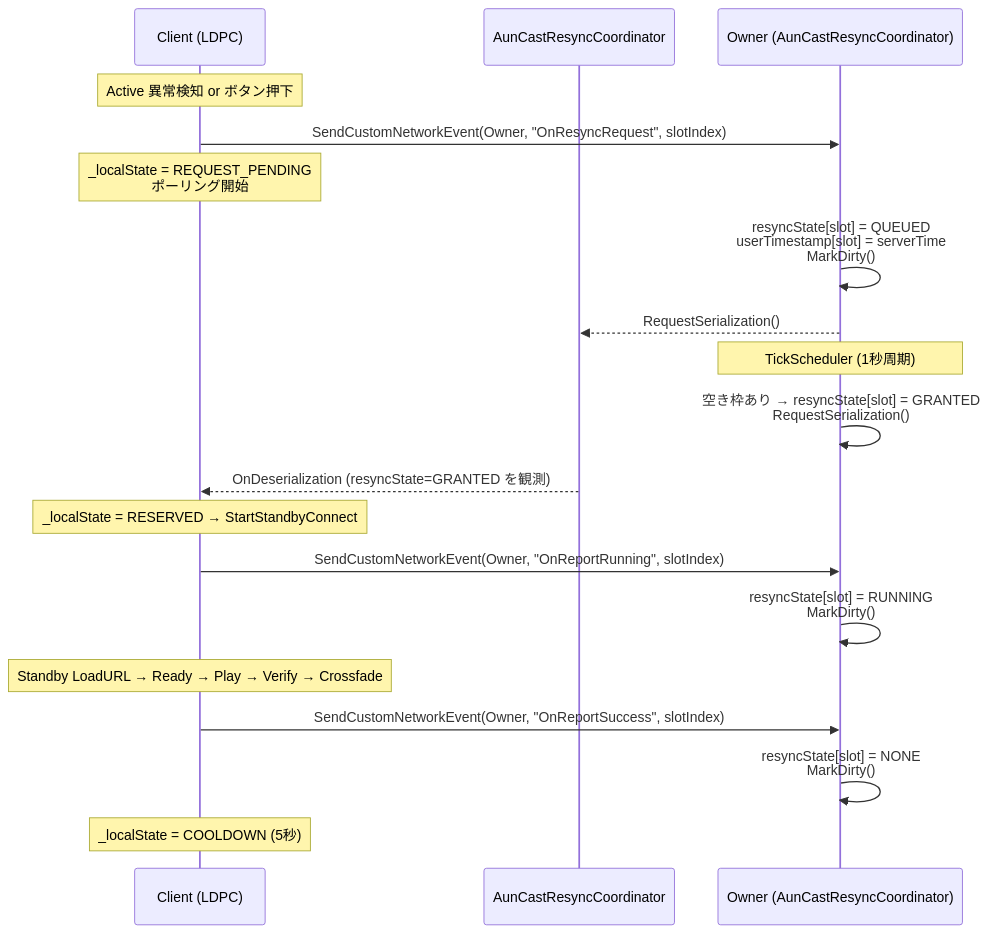
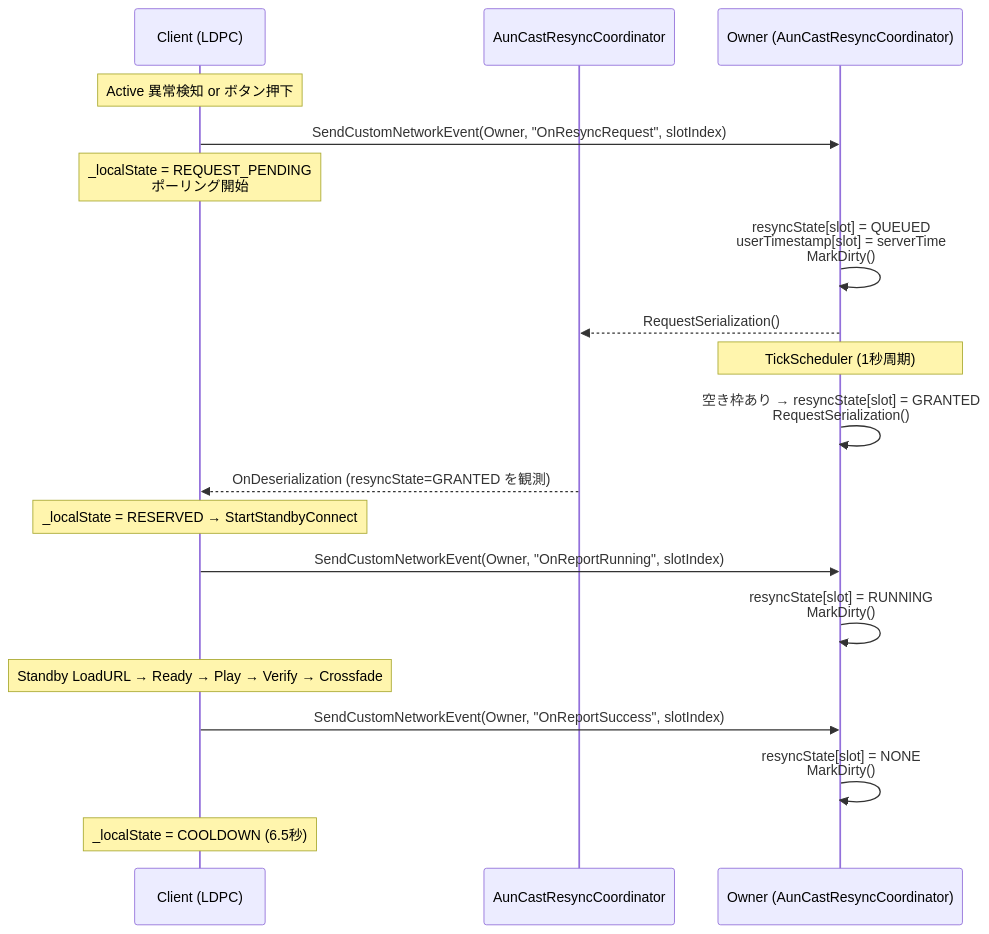
One commit to pasocommate/AunCast changed the first of 6 diagrams in Docs/Resync-Owner-Centric-Sequences.md. Above: the diagram before and after it, drawn with Mermaid. The commit also changed other lines of this file and 15 other files, not shown here.

````diff
--- a/Docs/Resync-Owner-Centric-Sequences.md
+++ b/Docs/Resync-Owner-Centric-Sequences.md
@@ -8,29 +8,29 @@
 ```mermaid
 sequenceDiagram
     participant C as Client (LDPC)
     participant R as AunCastResyncCoordinator
     participant O as Owner (AunCastResyncCoordinator)
 
     Note over C: Active 異常検知 or ボタン押下
 
     C->>O: SendCustomNetworkEvent(Owner, "OnResyncRequest", slotIndex)
     Note over C: _localState = REQUEST_PENDING<br/>ポーリング開始
 
     O->>O: resyncState[slot] = QUEUED<br/>userTimestamp[slot] = serverTime<br/>MarkDirty()
     O-->>R: RequestSerialization()
 
     Note over O: TickScheduler (1秒周期)
     O->>O: 空き枠あり → resyncState[slot] = GRANTED<br/>RequestSerialization()
 
     R-->>C: OnDeserialization (resyncState=GRANTED を観測)
     Note over C: _localState = RESERVED → StartStandbyConnect
 
     C->>O: SendCustomNetworkEvent(Owner, "OnReportRunning", slotIndex)
     O->>O: resyncState[slot] = RUNNING<br/>MarkDirty()
 
     Note over C: Standby LoadURL → Ready → Play → Verify → Crossfade
 
     C->>O: SendCustomNetworkEvent(Owner, "OnReportSuccess", slotIndex)
     O->>O: resyncState[slot] = NONE<br/>MarkDirty()
-    Note over C: _localState = COOLDOWN (5秒)
+    Note over C: _localState = COOLDOWN (6.5秒)
 ```
````
